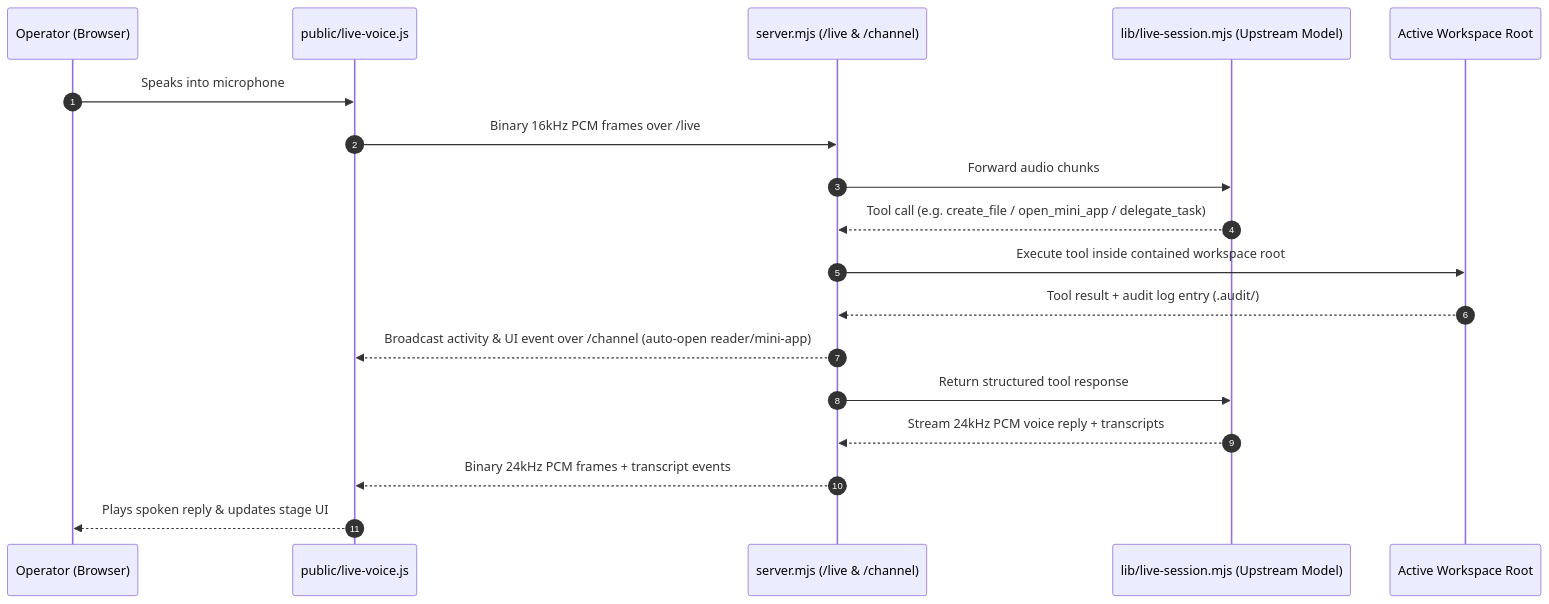
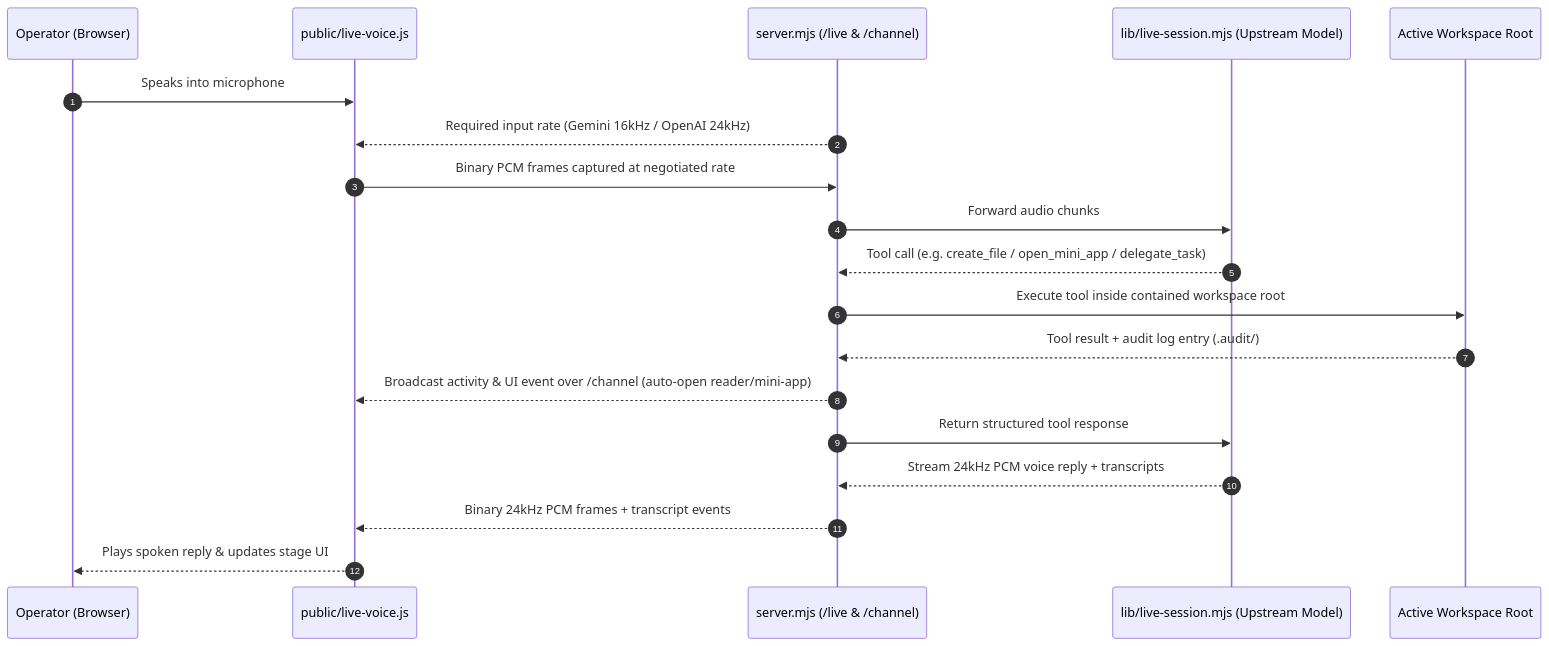
One commit to PaulKinlan/voicebox changed the second of 3 diagrams in docs/00-architectural-overview.md. Above: the diagram before and after it, drawn with Mermaid. The commit also changed other lines of this file and 15 other files, not shown here.

Commit message:
feat: expose pluggable live harness with Gemini 3.8 and OpenAI

````diff
--- a/docs/00-architectural-overview.md
+++ b/docs/00-architectural-overview.md
@@ -103,21 +120,22 @@
 ```mermaid
 sequenceDiagram
   autonumber
   participant User as Operator (Browser)
   participant LiveJS as public/live-voice.js
   participant Server as server.mjs (/live & /channel)
   participant Provider as lib/live-session.mjs (Upstream Model)
   participant Root as Active Workspace Root
 
   User->>LiveJS: Speaks into microphone
-  LiveJS->>Server: Binary 16kHz PCM frames over /live
+  Server-->>LiveJS: Required input rate (Gemini 16kHz / OpenAI 24kHz)
+  LiveJS->>Server: Binary PCM frames captured at negotiated rate
   Server->>Provider: Forward audio chunks
   Provider-->>Server: Tool call (e.g. create_file / open_mini_app / delegate_task)
   Server->>Root: Execute tool inside contained workspace root
   Root-->>Server: Tool result + audit log entry (.audit/)
   Server-->>LiveJS: Broadcast activity & UI event over /channel (auto-open reader/mini-app)
   Server->>Provider: Return structured tool response
   Provider-->>Server: Stream 24kHz PCM voice reply + transcripts
   Server-->>LiveJS: Binary 24kHz PCM frames + transcript events
   LiveJS-->>User: Plays spoken reply & updates stage UI
 ```
````
